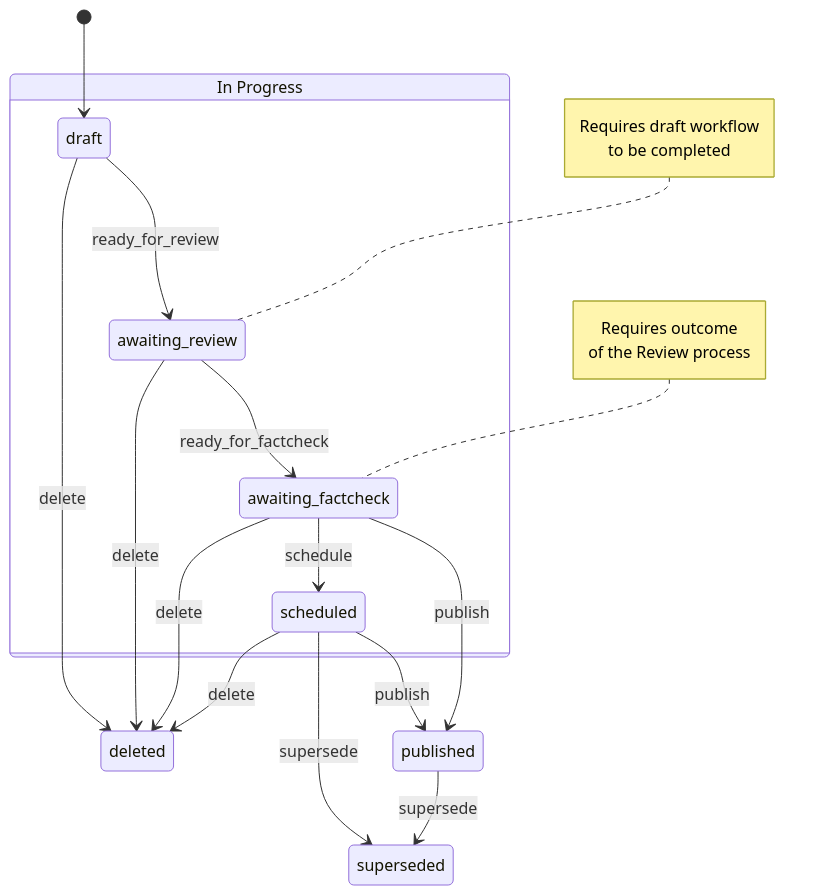
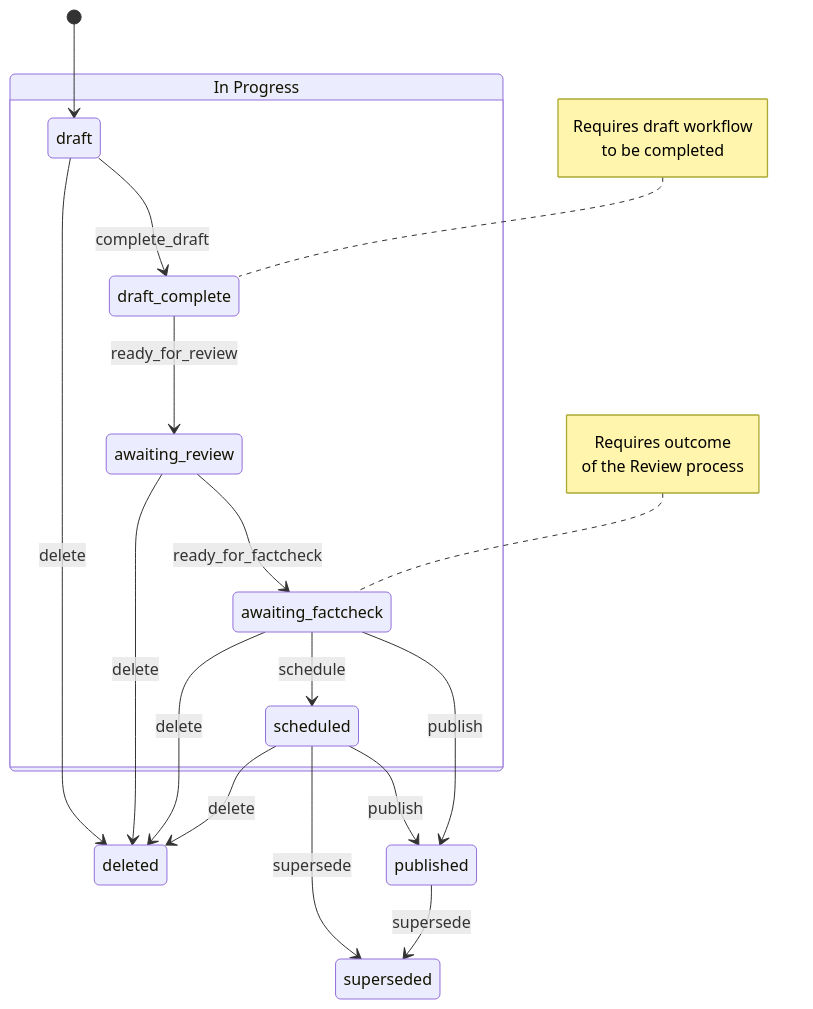
The diagram in docs/edition_states.md (alphagov/content-block-manager), drawn with Mermaid before and after one commit.

Commit message:
Add new 'draft_complete' state to state diagram

````diff
--- a/docs/edition_states.md
+++ b/docs/edition_states.md
@@ -5,28 +5,31 @@
 ```mermaid
 stateDiagram-v2
     [*] --> draft
 
     draft --> deleted: delete
     awaiting_review --> deleted: delete
     awaiting_factcheck --> deleted: delete
     scheduled --> deleted: delete
 
     InProgress:In Progress
     state InProgress {
-        draft --> awaiting_review: ready_for_review
-        note left of awaiting_review
+        draft --> draft_complete: complete_draft
+
+        draft_complete --> awaiting_review: ready_for_review
+        note left of draft_complete
             Requires draft workflow<br>to be completed
         end note
+
         awaiting_review --> awaiting_factcheck: ready_for_factcheck
         note left of awaiting_factcheck
             Requires outcome<br>of the Review process
         end note
         awaiting_factcheck --> scheduled: schedule
     }
 
     scheduled --> superseded: supersede
     published --> superseded: supersede
 
     scheduled --> published: publish
     awaiting_factcheck --> published: publish
 ```
````
